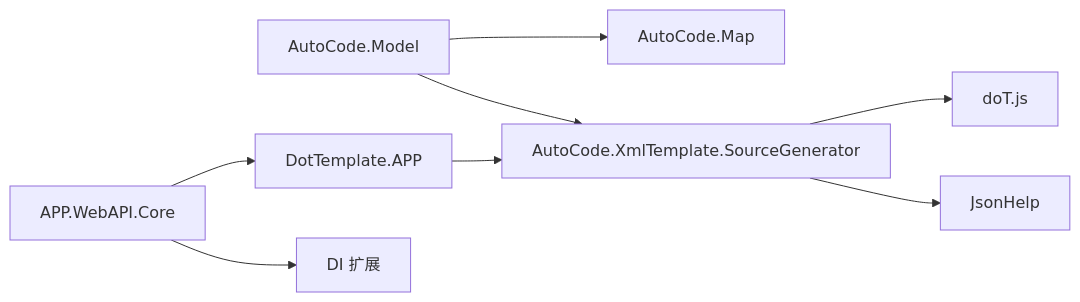
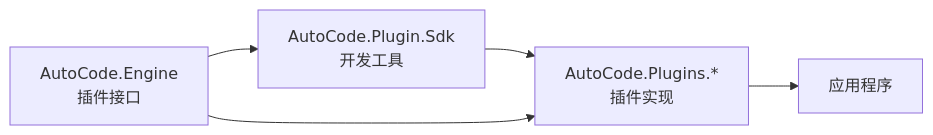
The fifth of 5 diagrams in .qoder/repowiki/zh/content/扩展开发/扩展开发.md (alivy/AutoCode), drawn with Mermaid before and after one commit. The commit also changed other lines of this file and 150 other files, not shown here.

````diff
--- a/.qoder/repowiki/zh/content/扩展开发/扩展开发.md
+++ b/.qoder/repowiki/zh/content/扩展开发/扩展开发.md
@@ -388,10 +266,7 @@
 ```mermaid
 graph LR
-Model["AutoCode.Model"] --> MapGen["AutoCode.Map"]
-Model --> DotGen["AutoCode.XmlTemplate.SourceGenerator"]
-DotGen --> DoT["doT.js"]
-DotGen --> Json["JsonHelp"]
-App["DotTemplate.APP"] --> DotGen
-WebCore["APP.WebAPI.Core"] --> App
-WebCore --> DIExt["DI 扩展"]
+Engine["AutoCode.Engine<br/>插件接口"] --> Sdk["AutoCode.Plugin.Sdk<br/>开发工具"]
+Sdk --> Plugins["AutoCode.Plugins.*<br/>插件实现"]
+Plugins --> App["应用程序"]
+Engine --> Plugins
 ```
````
